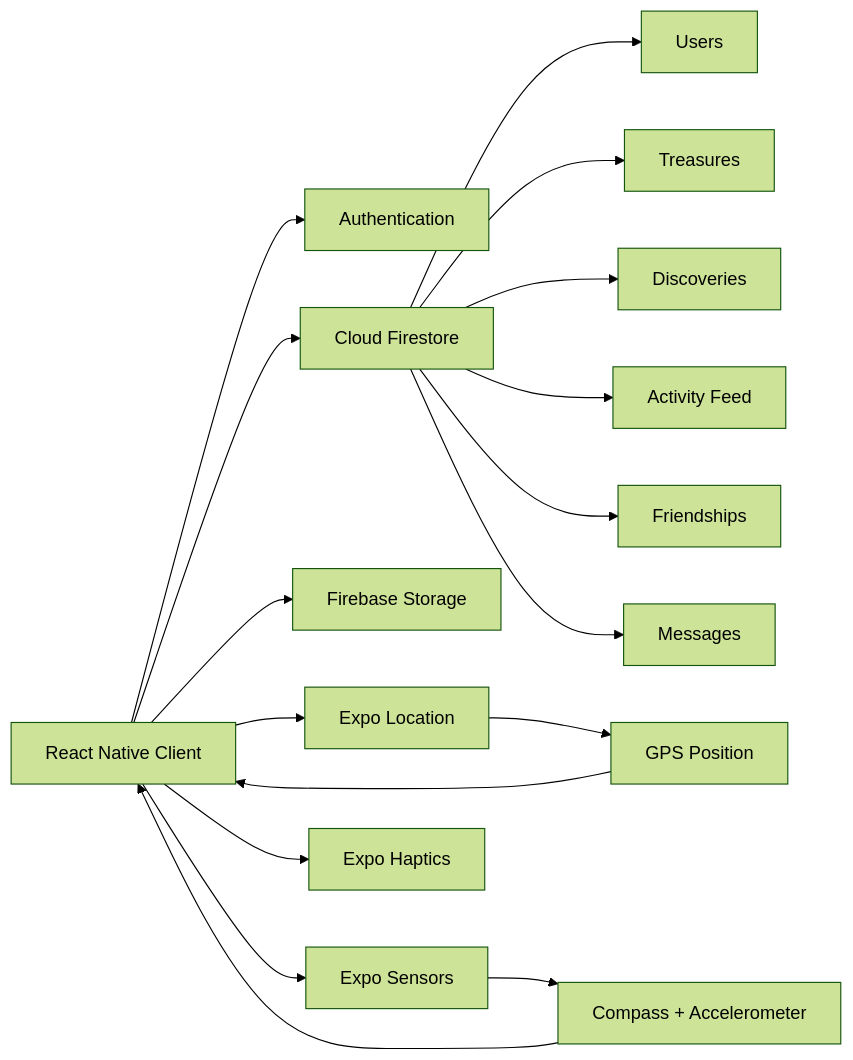
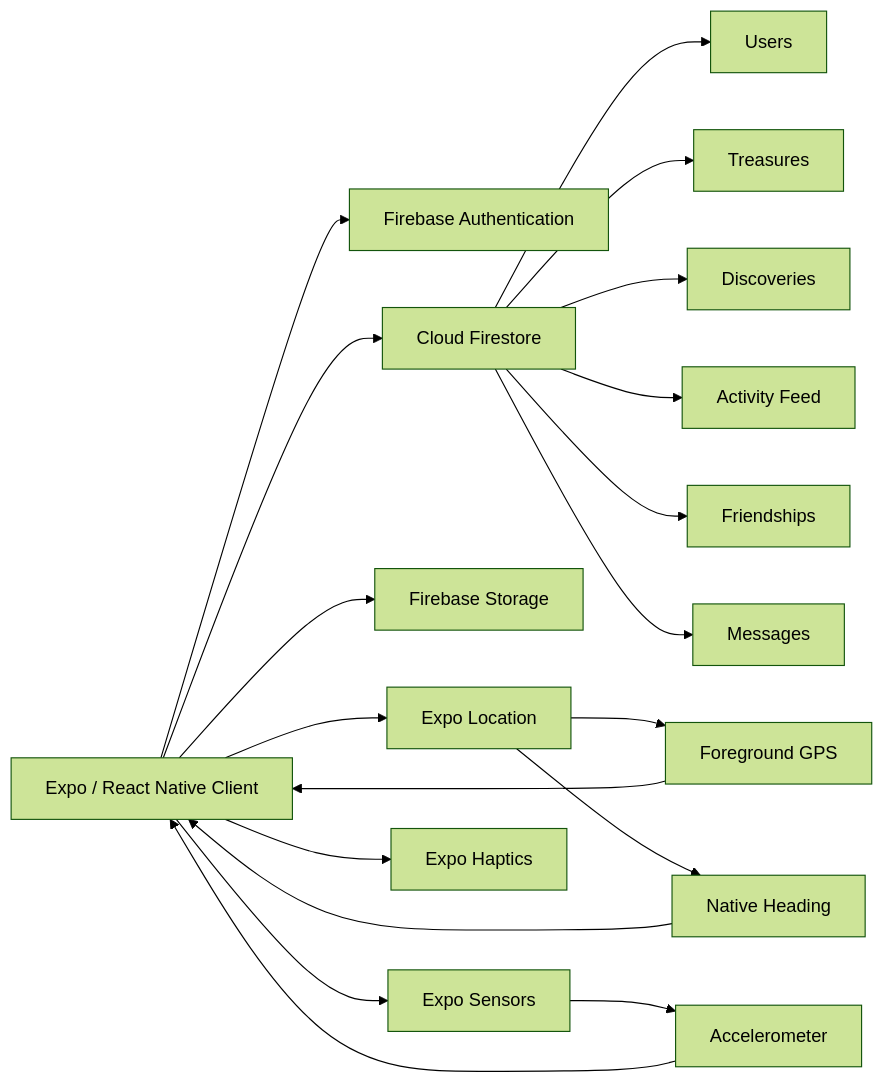
Before and after one commit to AngievR05/treasi: the second of 2 diagrams in README.md, drawn with Mermaid (forest theme). The commit also changed other lines of this file, not shown here.

````diff
--- a/README.md
+++ b/README.md
@@ -496,23 +454,24 @@
 ```mermaid
 flowchart LR
-    A[React Native Client] --> B[Authentication]
+    A[Expo / React Native Client] --> B[Firebase Authentication]
     A --> C[Cloud Firestore]
     A --> D[Firebase Storage]
-
     A --> E[Expo Location]
     A --> F[Expo Sensors]
     A --> G[Expo Haptics]
 
-    E --> H[GPS Position]
-    F --> I[Compass + Accelerometer]
+    E --> H[Foreground GPS]
+    E --> I[Native Heading]
+    F --> J[Accelerometer]
 
     H --> A
     I --> A
+    J --> A
 
-    C --> J[Users]
-    C --> K[Treasures]
-    C --> L[Discoveries]
-    C --> M[Activity Feed]
-    C --> N[Friendships]
-    C --> O[Messages]
+    C --> K[Users]
+    C --> L[Treasures]
+    C --> M[Discoveries]
+    C --> N[Activity Feed]
+    C --> O[Friendships]
+    C --> P[Messages]
 ```
````
